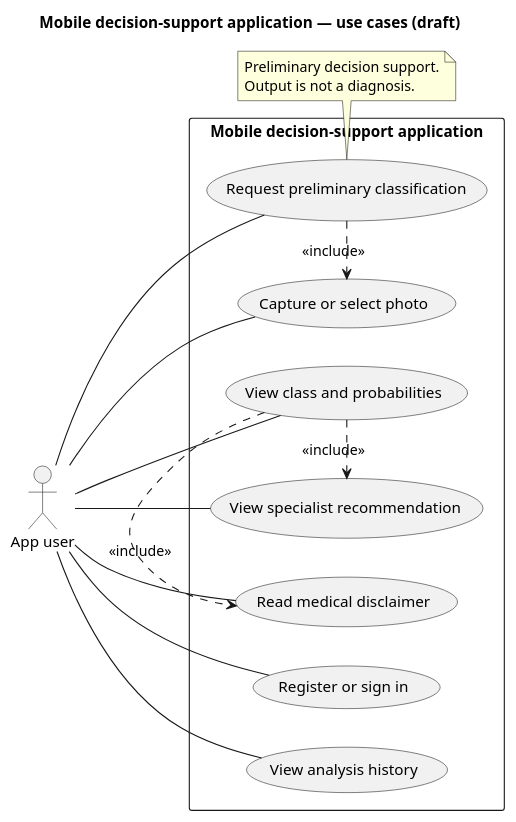
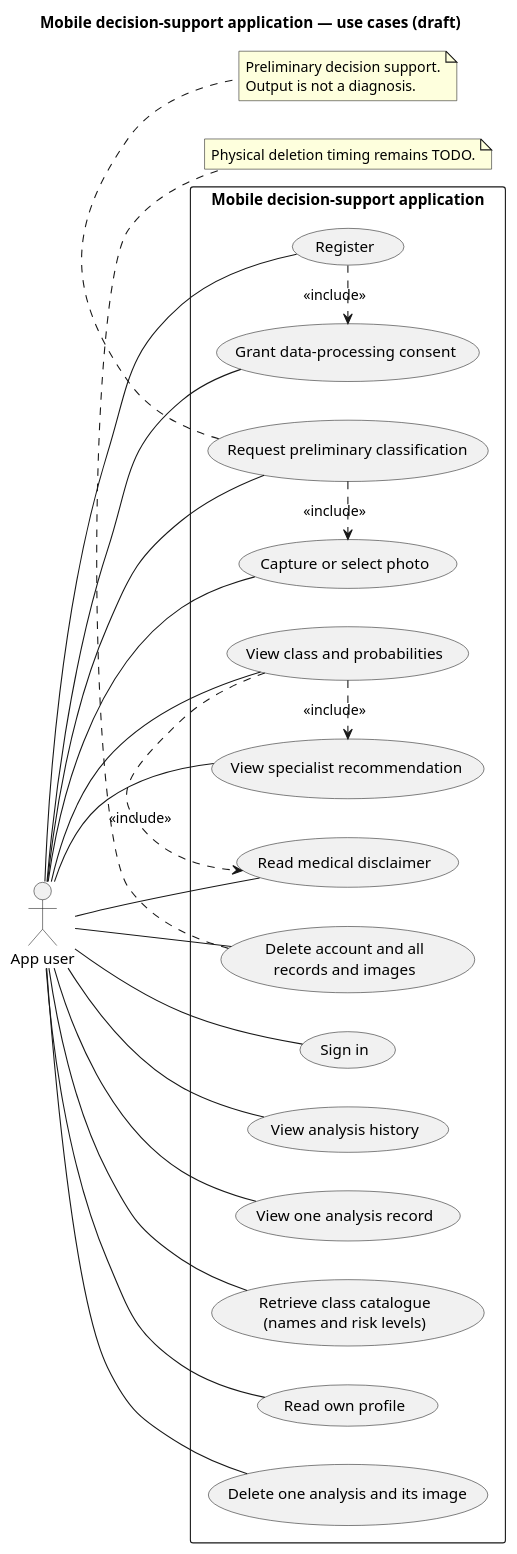
The diagram in diagrams/source/use-case.puml (cuhakc/skin-disease-ai-diploma), drawn with PlantUML before and after one commit. The commit also changed 10 other files, not shown here.

Commit message:
DIP-5: add ER diagram, draft OpenAPI spec and backend security notes

```diff
--- a/diagrams/source/use-case.puml
+++ b/diagrams/source/use-case.puml
@@ -1,33 +1,52 @@
 @startuml
 title Mobile decision-support application — use cases (draft)
 left to right direction
 
 actor "App user" as User
 
 rectangle "Mobile decision-support application" {
-  usecase "Register or sign in" as UCAuth
+  usecase "Register" as UCRegister
+  usecase "Sign in" as UCLogin
+  usecase "Grant data-processing consent" as UCConsent
   usecase "Capture or select photo" as UCPhoto
   usecase "Request preliminary classification" as UCAnalyze
   usecase "View class and probabilities" as UCResult
   usecase "View specialist recommendation" as UCReferral
   usecase "Read medical disclaimer" as UCDisclaimer
   usecase "View analysis history" as UCHistory
+  usecase "View one analysis record" as UCRecord
+  usecase "Retrieve class catalogue\n(names and risk levels)" as UCClasses
+  usecase "Read own profile" as UCProfile
+  usecase "Delete one analysis and its image" as UCDeleteRecord
+  usecase "Delete account and all\nrecords and images" as UCDeleteAccount
 }
 
-User -- UCAuth
+User -- UCRegister
+User -- UCLogin
+User -- UCConsent
 User -- UCPhoto
 User -- UCAnalyze
 User -- UCResult
 User -- UCReferral
 User -- UCDisclaimer
 User -- UCHistory
+User -- UCRecord
+User -- UCClasses
+User -- UCProfile
+User -- UCDeleteRecord
+User -- UCDeleteAccount
 
+UCRegister .> UCConsent : <<include>>
 UCAnalyze .> UCPhoto : <<include>>
 UCResult .> UCReferral : <<include>>
 UCResult .> UCDisclaimer : <<include>>
 
 note bottom of UCAnalyze
   Preliminary decision support.
   Output is not a diagnosis.
 end note
+
+note bottom of UCDeleteAccount
+  Physical deletion timing remains TODO.
+end note
 @enduml
```
